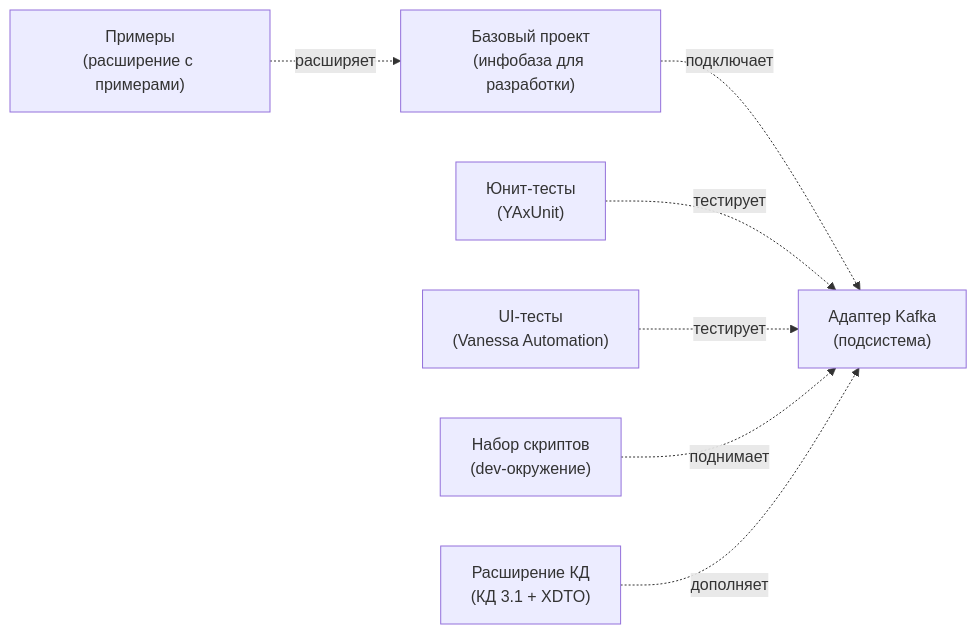
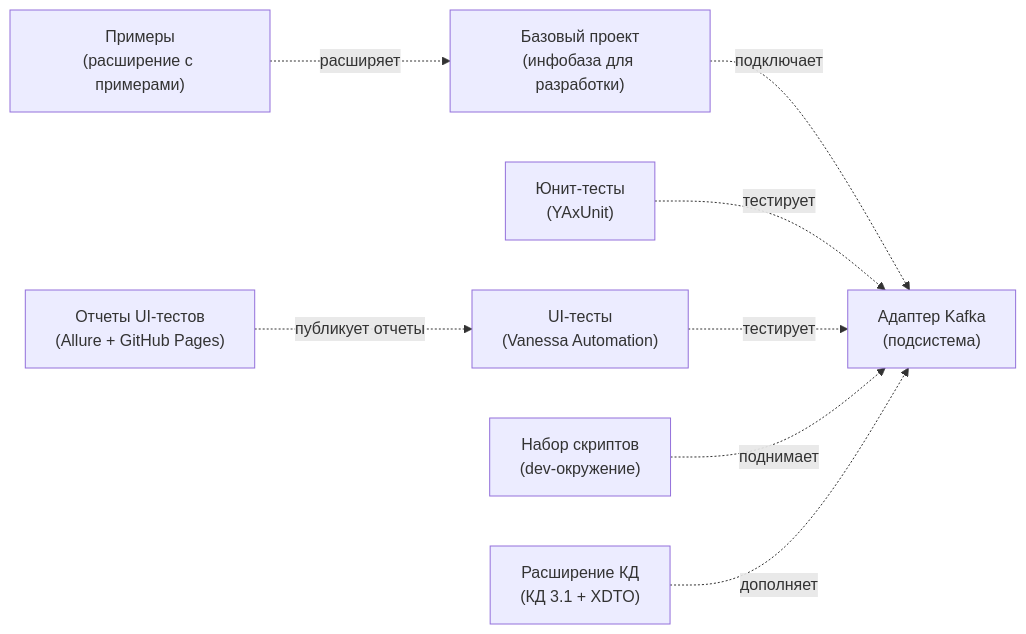
The diagram in docs/project/repositories.md (ShadobaAI/kafka-adapter), drawn with Mermaid before and after one commit. The commit also changed other lines of this file, not shown here.

Commit message:
обновил доку

````diff
--- a/docs/project/repositories.md
+++ b/docs/project/repositories.md
@@ -17,17 +18,19 @@
 ```mermaid
 flowchart LR
     ADAPTER["Адаптер Kafka<br/>(подсистема)"]
     BASE["Базовый проект<br/>(инфобаза для разработки)"]
     examples["Примеры<br/>(расширение с примерами)"]
     TESTS_UNIT["Юнит-тесты<br/>(YAxUnit)"]
     TESTS_UI["UI-тесты<br/>(Vanessa Automation)"]
+    TESTS_UI_REPORTS["Отчеты UI-тестов<br/>(Allure + GitHub Pages)"]
     TOOLS["Набор скриптов<br/>(dev-окружение)"]
     CONV["Расширение КД<br/>(КД 3.1 + XDTO)"]
 
     BASE -.подключает.-> ADAPTER
     examples -.расширяет.-> BASE
     TESTS_UNIT -.тестирует.-> ADAPTER
     TESTS_UI -.тестирует.-> ADAPTER
+    TESTS_UI_REPORTS -.публикует отчеты.-> TESTS_UI
     TOOLS -.поднимает.-> ADAPTER
     CONV -.дополняет.-> ADAPTER
 ```
````
